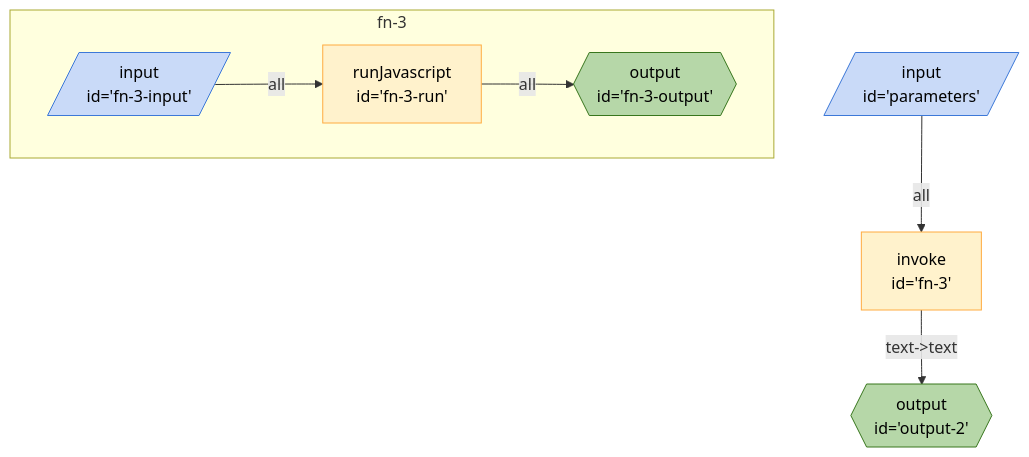
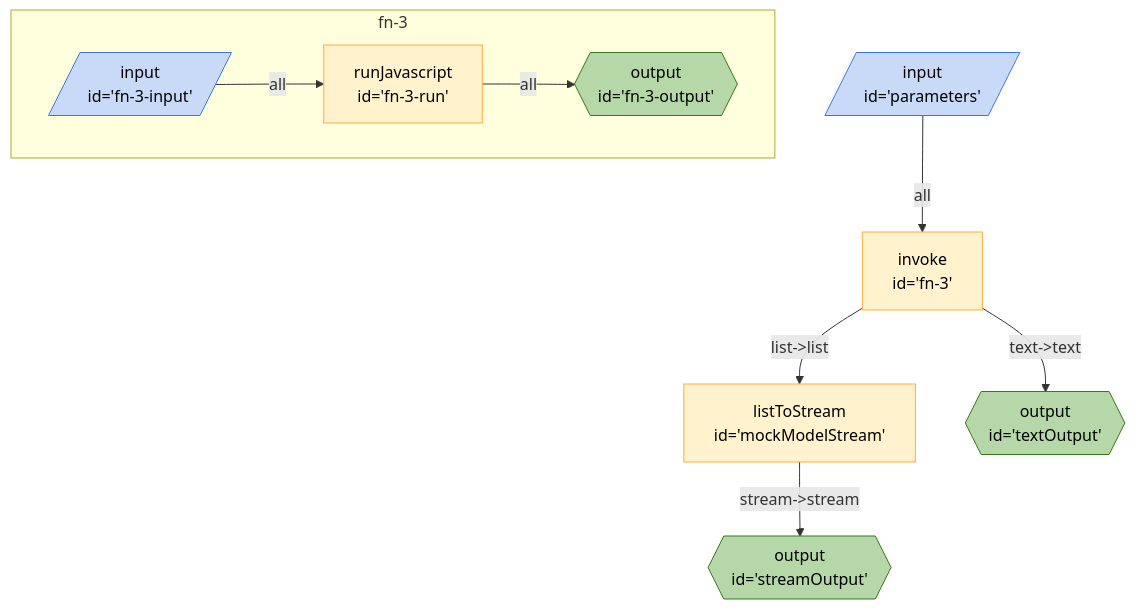
The diagram in seeds/breadboard-web/docs/graphs/mock-text-generator.md (breadboard-ai/breadboard), drawn with Mermaid before and after one commit. The commit also changed 7 other files, not shown here.

````diff
--- a/seeds/breadboard-web/docs/graphs/mock-text-generator.md
+++ b/seeds/breadboard-web/docs/graphs/mock-text-generator.md
@@ -3,20 +3,22 @@
 ```mermaid
 %%{init: 'themeVariables': { 'fontFamily': 'Fira Code, monospace' }}%%
 graph TD;
-fn3["invoke <br> id='fn-3'"] -- "text->text" --> output2{{"output <br> id='output-2'"}}:::output
+fn3["invoke <br> id='fn-3'"] -- "list->list" --> mockModelStream["listToStream <br> id='mockModelStream'"]
+fn3["invoke <br> id='fn-3'"] -- "text->text" --> textOutput{{"output <br> id='textOutput'"}}:::output
 parameters[/"input <br> id='parameters'"/]:::input -- all --> fn3["invoke <br> id='fn-3'"]
+mockModelStream["listToStream <br> id='mockModelStream'"] -- "stream->stream" --> streamOutput{{"output <br> id='streamOutput'"}}:::output
 
 subgraph sg_fn3 [fn-3]
 fn3_fn3input[/"input <br> id='fn-3-input'"/]:::input -- all --> fn3_fn3run["runJavascript <br> id='fn-3-run'"]
 fn3_fn3run["runJavascript <br> id='fn-3-run'"] -- all --> fn3_fn3output{{"output <br> id='fn-3-output'"}}:::output
 end
 
 classDef default stroke:#ffab40,fill:#fff2ccff,color:#000
 classDef input stroke:#3c78d8,fill:#c9daf8ff,color:#000
 classDef output stroke:#38761d,fill:#b6d7a8ff,color:#000
 classDef passthrough stroke:#a64d79,fill:#ead1dcff,color:#000
 classDef slot stroke:#a64d79,fill:#ead1dcff,color:#000
 classDef config stroke:#a64d79,fill:#ead1dcff,color:#000
 classDef secrets stroke:#db4437,fill:#f4cccc,color:#000
 classDef slotted stroke:#a64d79
 ```
````
